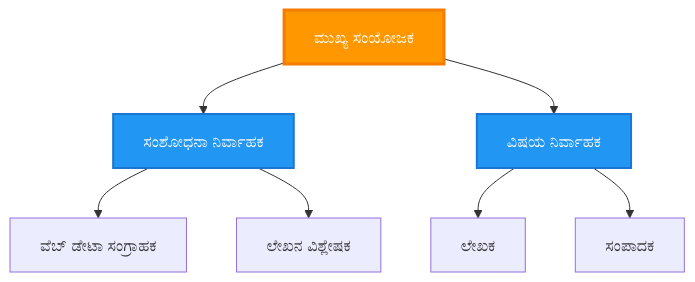
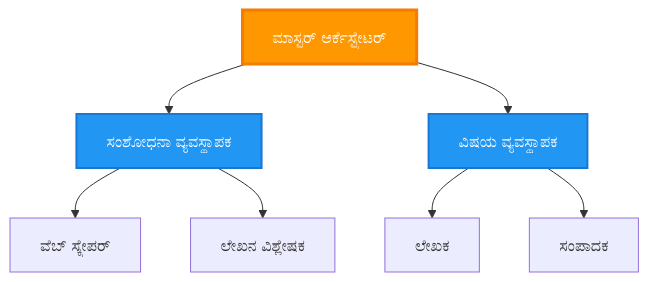
The third of 6 diagrams in translations/kn/docs/chapter-06-pre-deployment/coordination-patterns.md (microsoft/AZD-for-beginners), drawn with Mermaid before and after one commit. The commit also changed other lines of this file and 102 other files, not shown here.

````diff
--- a/translations/kn/docs/chapter-06-pre-deployment/coordination-patterns.md
+++ b/translations/kn/docs/chapter-06-pre-deployment/coordination-patterns.md
@@ -149,21 +143,21 @@
 ```mermaid
 graph TB
-    Master[ಮುಖ್ಯ ಸಂಯೋಜಕ]
-    Manager1[ಸಂಶೋಧನಾ ನಿರ್ವಾಹಕ]
-    Manager2[ವಿಷಯ ನಿರ್ವಾಹಕ]
-    W1[ವೆಬ್ ಡೇಟಾ ಸಂಗ್ರಾಹಕ]
-    W2[ಲೇಖನ ವಿಶ್ಲೇಷಕ]
-    W3[ಲೇಖಕ]
+    Master[ಮಾಸ್ಟರ್ ಆರ್ಕೆಸ್ಟ್ರೇಟರ್]
+    Manager1[ಸಂಶೋಧನಾ ವ್ಯವಸ್ಥಾಪಕ]
+    Manager2[ವಿಷಯ ವ್ಯವಸ್ಥಾಪಕ]
+    W1[ವೆಬ್ ಸ್ಕ್ರೇಪರ್]
+    W2[ಲೇಖನ ವಿಶ್ಲೇಷಕ]
+    W3[ಲೇಖಕ]
     W4[ಸಂಪಾದಕ]
     
     Master --> Manager1
     Master --> Manager2
     Manager1 --> W1
     Manager1 --> W2
     Manager2 --> W3
     Manager2 --> W4
     
     style Master fill:#FF9800,stroke:#F57C00,stroke-width:3px,color:#fff
     style Manager1 fill:#2196F3,stroke:#1976D2,stroke-width:2px,color:#fff
     style Manager2 fill:#2196F3,stroke:#1976D2,stroke-width:2px,color:#fff
 ```
````
